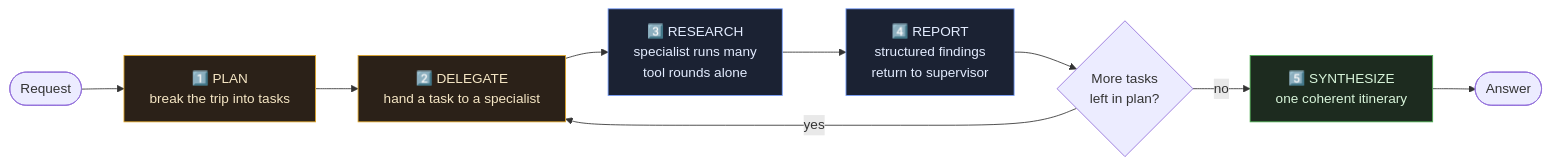
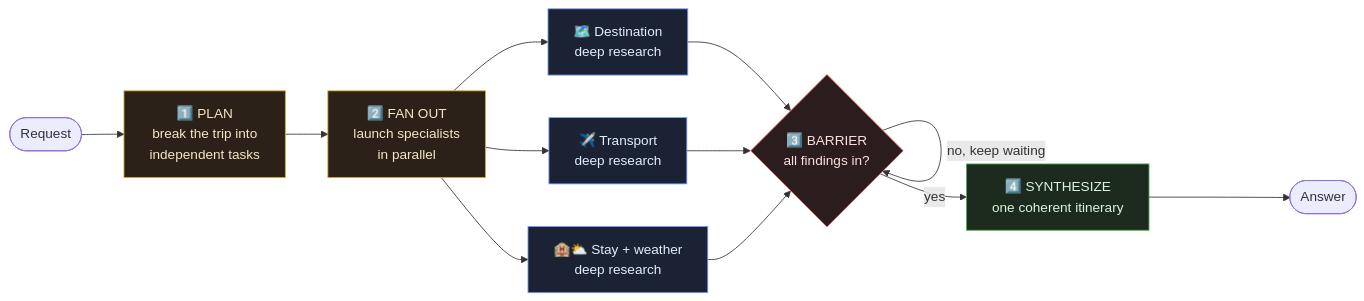
The fourth of 6 diagrams in README.md (yadavnitesh86/Waynora), drawn with Mermaid before and after one commit. The commit also changed other lines of this file, not shown here.

````diff
--- a/README.md
+++ b/README.md
@@ -134,17 +169,22 @@
 ```mermaid
 flowchart LR
-    A(["Request"]) --> B["1️⃣ PLAN<br/>break the trip into tasks"]
-    B --> C["2️⃣ DELEGATE<br/>hand a task to a specialist"]
-    C --> D["3️⃣ RESEARCH<br/>specialist runs many<br/>tool rounds alone"]
-    D --> E["4️⃣ REPORT<br/>structured findings<br/>return to supervisor"]
-    E --> F{"More tasks<br/>left in plan?"}
-    F -- yes --> C
-    F -- no --> G["5️⃣ SYNTHESIZE<br/>one coherent itinerary"]
-    G --> H(["Answer"])
+    A(["Request"]) --> B["1️⃣ PLAN<br/>break the trip into<br/>independent tasks"]
+    B --> C["2️⃣ FAN OUT<br/>launch specialists<br/>in parallel"]
+    C --> D1["🗺️ Destination<br/>deep research"]
+    C --> D2["✈️ Transport<br/>deep research"]
+    C --> D3["🏨⛅ Stay + weather<br/>deep research"]
+    D1 --> E{"3️⃣ BARRIER<br/>all findings in?"}
+    D2 --> E
+    D3 --> E
+    E -- "no, keep waiting" --> E
+    E -- yes --> F["4️⃣ SYNTHESIZE<br/>one coherent itinerary"]
+    F --> G(["Answer"])
 
     style B fill:#2b2118,stroke:#e0a526,color:#f5e6c4
     style C fill:#2b2118,stroke:#e0a526,color:#f5e6c4
-    style D fill:#1b2233,stroke:#7aa2ff,color:#e3ecff
-    style E fill:#1b2233,stroke:#7aa2ff,color:#e3ecff
-    style G fill:#1d2b1f,stroke:#4caf50,color:#d8f5da
+    style D1 fill:#1b2233,stroke:#7aa2ff,color:#e3ecff
+    style D2 fill:#1b2233,stroke:#7aa2ff,color:#e3ecff
+    style D3 fill:#1b2233,stroke:#7aa2ff,color:#e3ecff
+    style E fill:#2b1d1d,stroke:#ff6b6b,color:#ffdede
+    style F fill:#1d2b1f,stroke:#4caf50,color:#d8f5da
 ```
````
